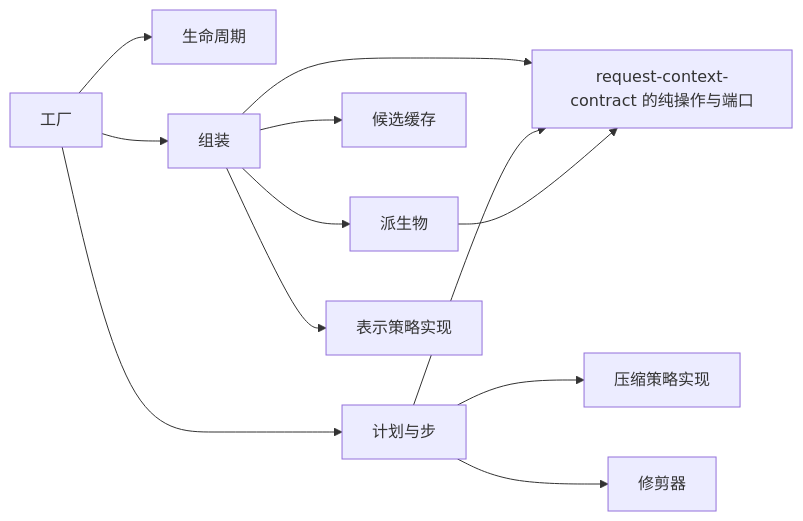
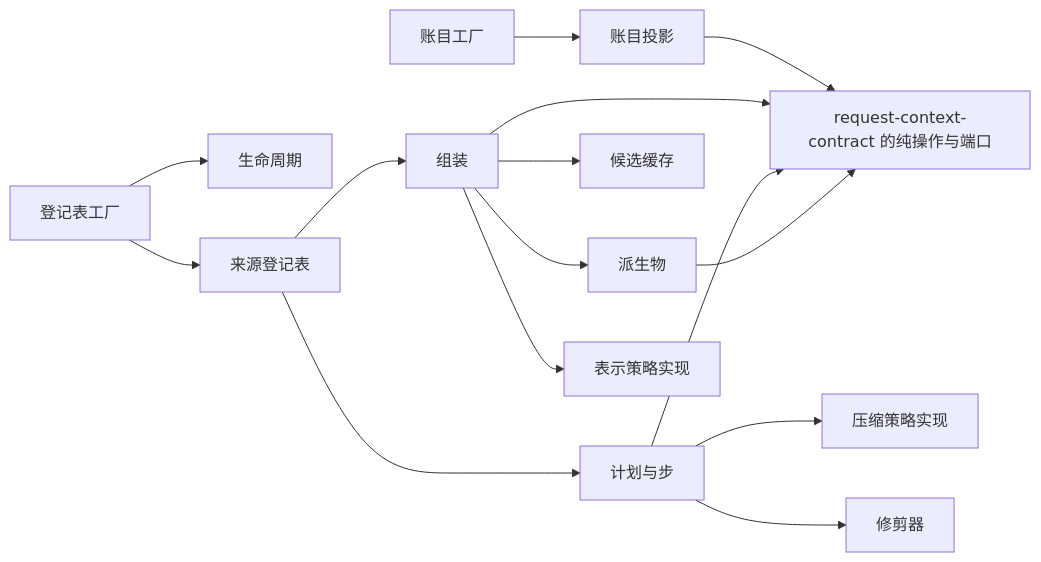
One commit to nemori-ai/omne-harness-lite changed the diagram in packages/context/request-context/docs/architecture.md. Above: the diagram before and after it, drawn with Mermaid. The commit also changed other lines of this file and 114 other files, not shown here.

````diff
--- a/packages/context/request-context/docs/architecture.md
+++ b/packages/context/request-context/docs/architecture.md
@@ -22,14 +24,17 @@
 ```mermaid
 flowchart LR
-  Factory[工厂] --> Life[生命周期]
-  Factory --> Asm[组装]
-  Factory --> Plan[计划与步]
+  Factory[登记表工厂] --> Life[生命周期]
+  Factory --> Reg[来源登记表]
+  Reg --> Asm[组装]
+  Reg --> Plan[计划与步]
+  Acc[账目工厂] --> Proj[账目投影]
+  Proj --> RQC
   Asm --> Cache[候选缓存]
   Asm --> Derived[派生物]
   Asm --> Rep[表示策略实现]
   Plan --> Comp[压缩策略实现]
   Plan --> Trim[修剪器]
   Asm --> RQC[request-context-contract 的纯操作与端口]
   Plan --> RQC
   Derived --> RQC
 ```
````
